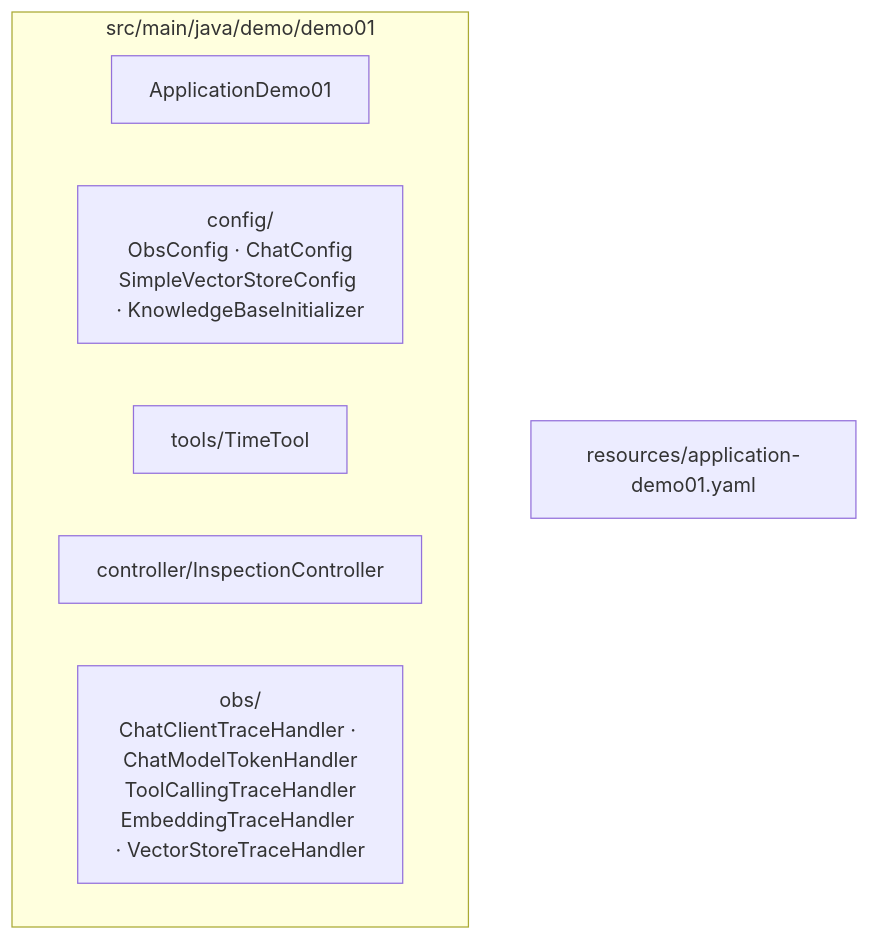
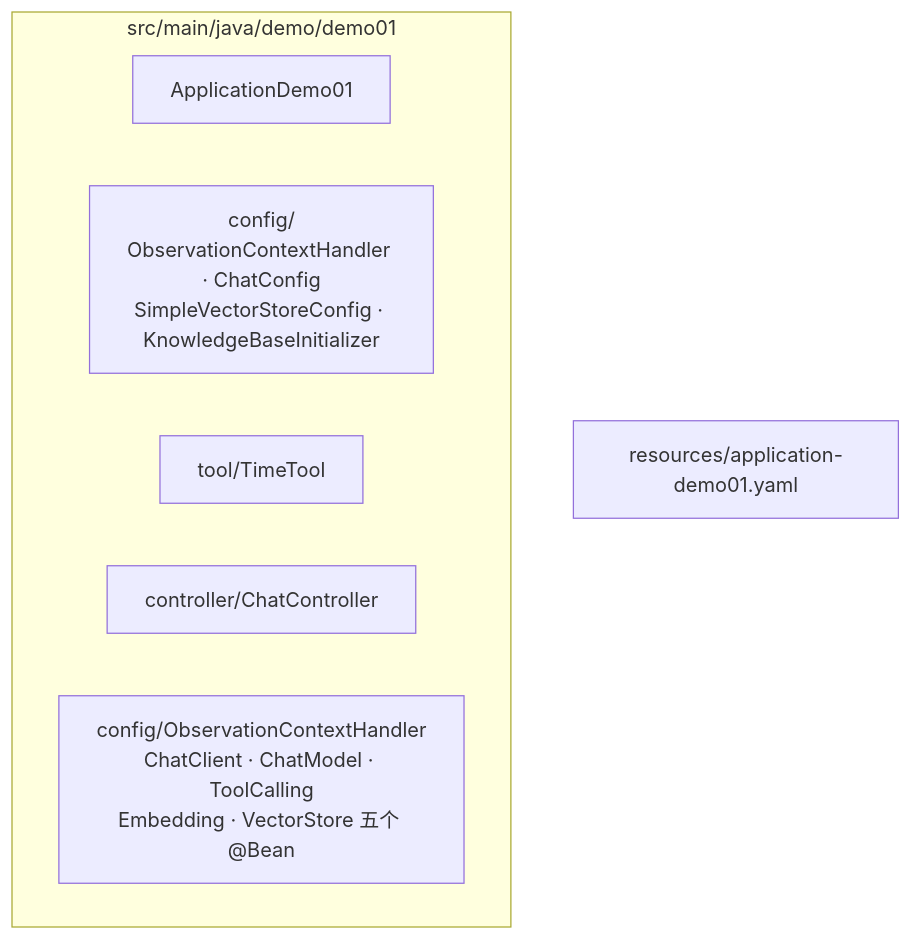
Before and after one commit to UranusGit/java-agent-learn: the second of 2 diagrams in docs/教程/05-Observation可观测/11-深度整合：SpringAI2与Observation的完整结合面.md, drawn with Mermaid. The commit also changed other lines of this file and 12 other files, not shown here.

````diff
--- a/docs/教程/05-Observation可观测/11-深度整合：SpringAI2与Observation的完整结合面.md
+++ b/docs/教程/05-Observation可观测/11-深度整合：SpringAI2与Observation的完整结合面.md
@@ -129,11 +129,11 @@
 ```mermaid
 graph TD
     subgraph 工程["src/main/java/demo/demo01"]
         APP["ApplicationDemo01"]
-        CFG["config/<br/>ObsConfig · ChatConfig<br/>SimpleVectorStoreConfig · KnowledgeBaseInitializer"]
-        TOOL["tools/TimeTool"]
-        CTL["controller/InspectionController"]
-        OBS["obs/<br/>ChatClientTraceHandler · ChatModelTokenHandler<br/>ToolCallingTraceHandler<br/>EmbeddingTraceHandler · VectorStoreTraceHandler"]
+        CFG["config/<br/>ObservationContextHandler · ChatConfig<br/>SimpleVectorStoreConfig · KnowledgeBaseInitializer"]
+        TOOL["tool/TimeTool"]
+        CTL["controller/ChatController"]
+        OBS["config/ObservationContextHandler<br/>ChatClient · ChatModel · ToolCalling<br/>Embedding · VectorStore 五个 @Bean"]
     end
     RES["resources/application-demo01.yaml"]
 ```
````
